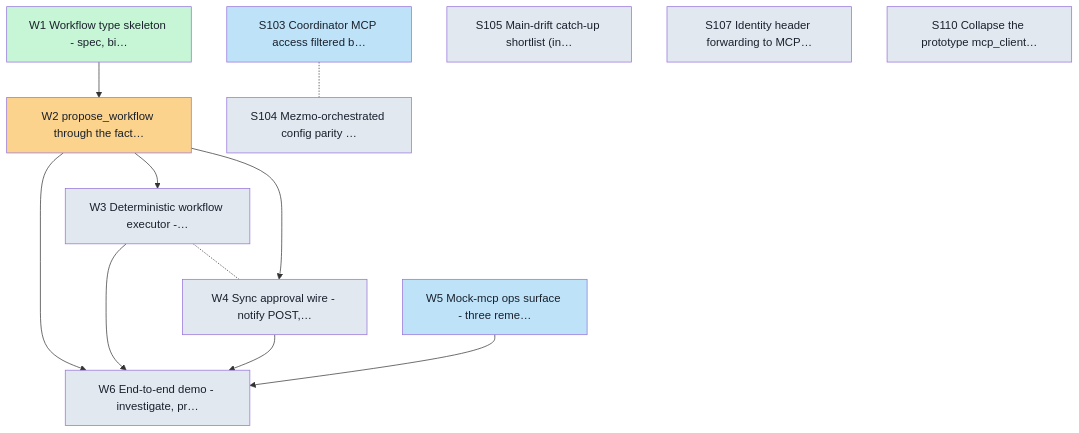
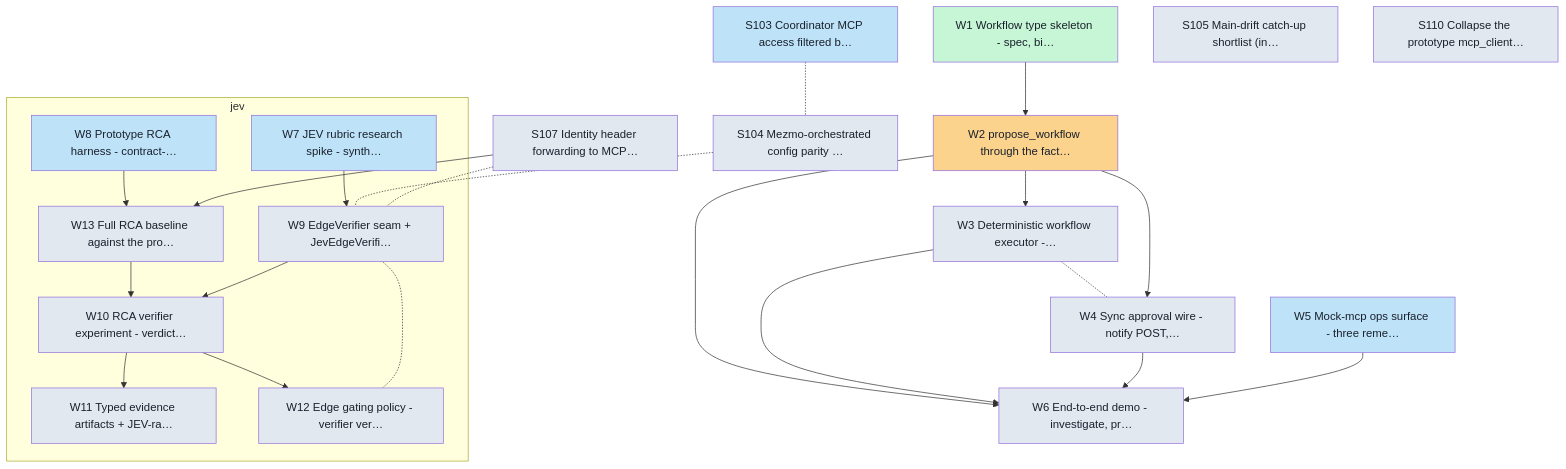
The diagram in docs/board/cards/graph.md (Shearerbeard/agent-driver-prototype), drawn with Mermaid before and after one commit. The commit also changed 12 other files, not shown here.

First line of the commit message:
docs(board): mint jev lane for the edge-verifier workstream (w7-w13)

````diff
--- a/docs/board/cards/graph.md
+++ b/docs/board/cards/graph.md
@@ -8,28 +8,47 @@
 ```mermaid
 flowchart TD
   classDef backlog fill:#e2e8f0,color:#1a202c;
   classDef ready fill:#bee3f8,color:#1a202c;
   classDef inprogress fill:#fbd38d,color:#1a202c;
   classDef inreview fill:#d6bcfa,color:#1a202c;
   classDef done fill:#c6f6d5,color:#1a202c;
+  subgraph lane_jev["jev"]
+    W7["W7 JEV rubric research spike - synth…"]:::ready
+    W8["W8 Prototype RCA harness - contract-…"]:::ready
+    W9["W9 EdgeVerifier seam + JevEdgeVerifi…"]:::backlog
+    W10["W10 RCA verifier experiment - verdict…"]:::backlog
+    W11["W11 Typed evidence artifacts + JEV-ra…"]:::backlog
+    W12["W12 Edge gating policy - verifier ver…"]:::backlog
+    W13["W13 Full RCA baseline against the pro…"]:::backlog
+  end
   W1["W1 Workflow type skeleton - spec, bi…"]:::done
   W2["W2 propose_workflow through the fact…"]:::inprogress
   W3["W3 Deterministic workflow executor -…"]:::backlog
   W4["W4 Sync approval wire - notify POST,…"]:::backlog
   W5["W5 Mock-mcp ops surface - three reme…"]:::ready
   W6["W6 End-to-end demo - investigate, pr…"]:::backlog
   S103["S103 Coordinator MCP access filtered b…"]:::ready
   S104["S104 Mezmo-orchestrated config parity …"]:::backlog
   S105["S105 Main-drift catch-up shortlist (in…"]:::backlog
   S107["S107 Identity header forwarding to MCP…"]:::backlog
   S110["S110 Collapse the prototype mcp_client…"]:::backlog
   W1 --> W2
   W2 --> W3
   W3 -.- W4
   W2 --> W4
   W2 --> W6
   W3 --> W6
   W4 --> W6
   W5 --> W6
+  W7 --> W9
+  W13 --> W10
+  W9 --> W10
+  W10 --> W11
+  W10 --> W12
+  W12 -.- W9
+  W8 --> W13
+  S107 --> W13
   S103 -.- S104
+  S104 -.- W9
+  S107 -.- W9
 ```
````
